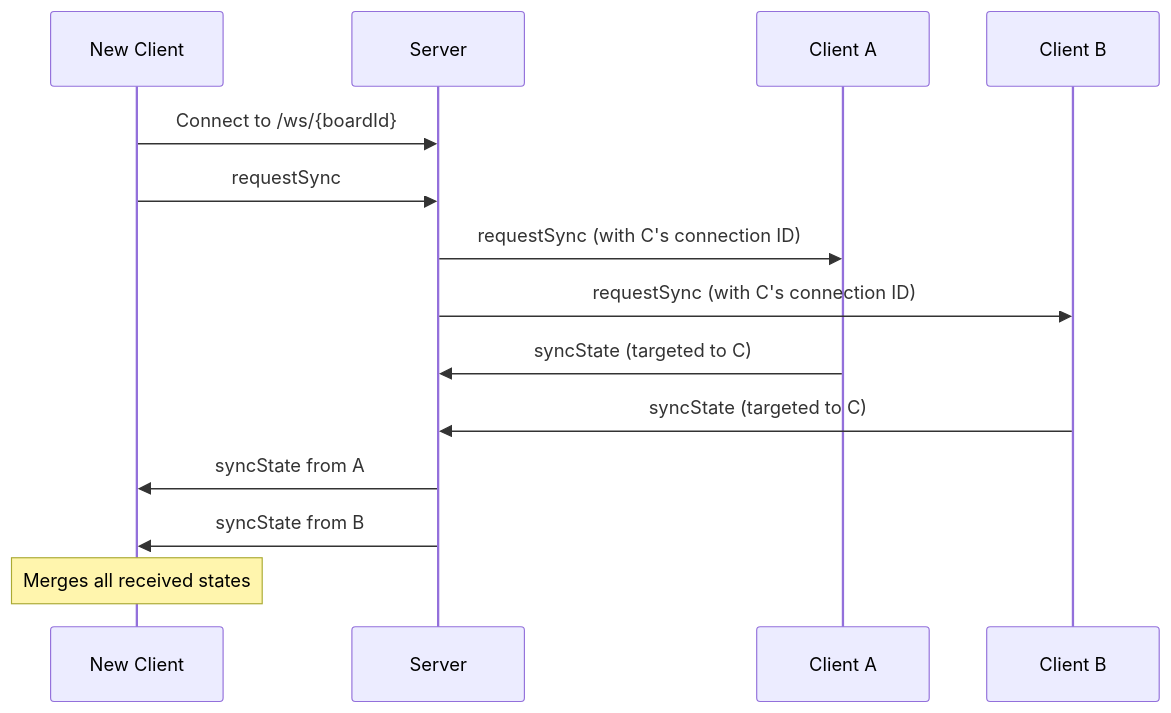
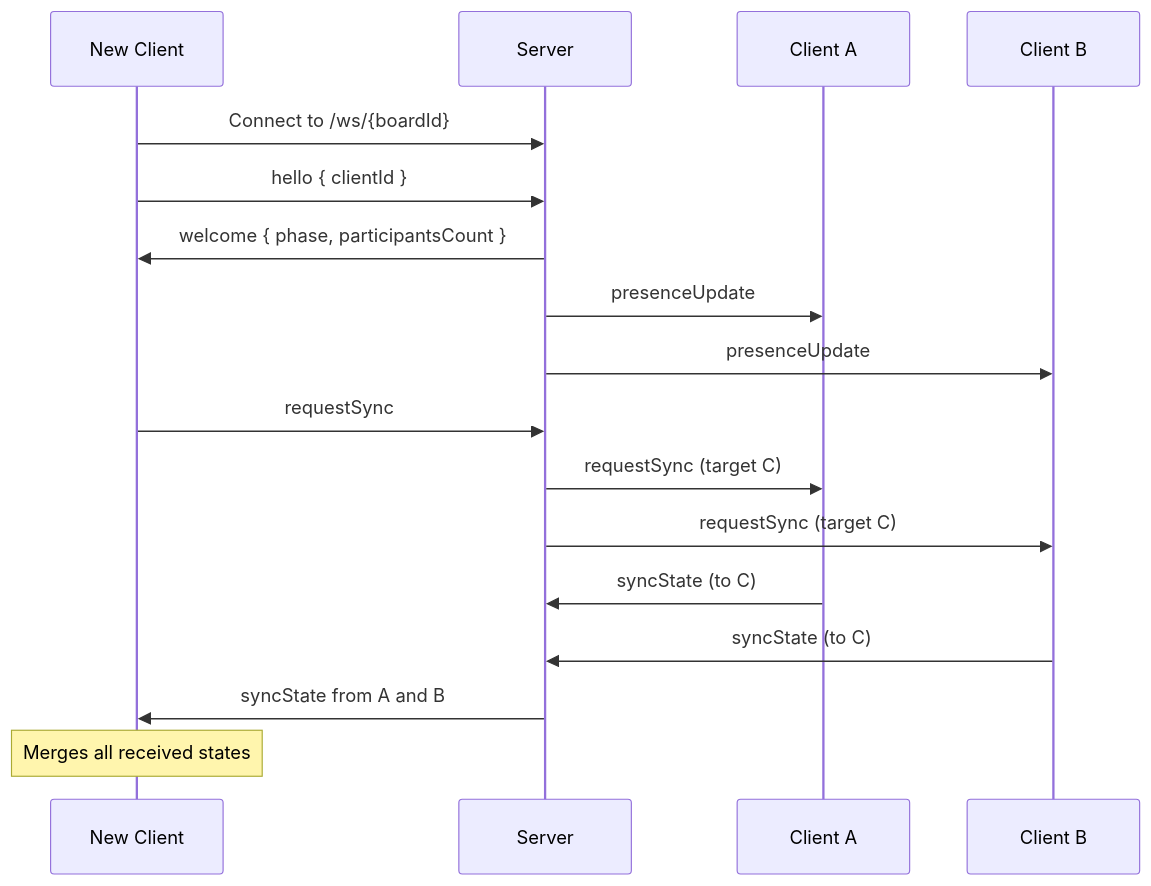
One commit to yoannchaudet/delta-board changed the first of 4 diagrams in docs/PROTOCOL.md. Above: the diagram before and after it, drawn with Mermaid. The commit also changed other lines of this file, not shown here.

````diff
--- a/docs/PROTOCOL.md
+++ b/docs/PROTOCOL.md
@@ -19,17 +38,22 @@
 ```mermaid
 sequenceDiagram
     participant C as New Client
     participant S as Server
     participant A as Client A
     participant B as Client B
 
     C->>S: Connect to /ws/{boardId}
+    C->>S: hello { clientId }
+    S->>C: welcome { phase, participantsCount }
+
+    S->>A: presenceUpdate
+    S->>B: presenceUpdate
+
     C->>S: requestSync
-    S->>A: requestSync (with C's connection ID)
-    S->>B: requestSync (with C's connection ID)
-    A->>S: syncState (targeted to C)
-    B->>S: syncState (targeted to C)
-    S->>C: syncState from A
-    S->>C: syncState from B
+    S->>A: requestSync (target C)
+    S->>B: requestSync (target C)
+    A->>S: syncState (to C)
+    B->>S: syncState (to C)
+    S->>C: syncState from A and B
     Note over C: Merges all received states
 ```
````
